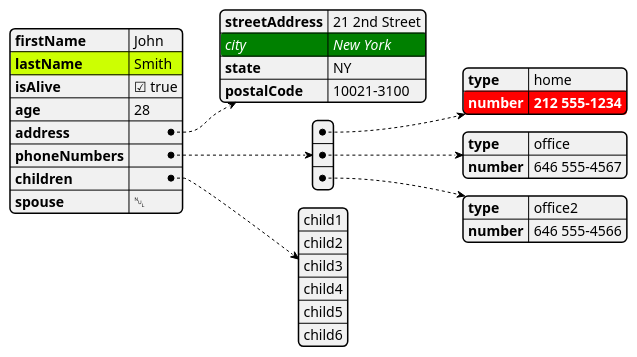
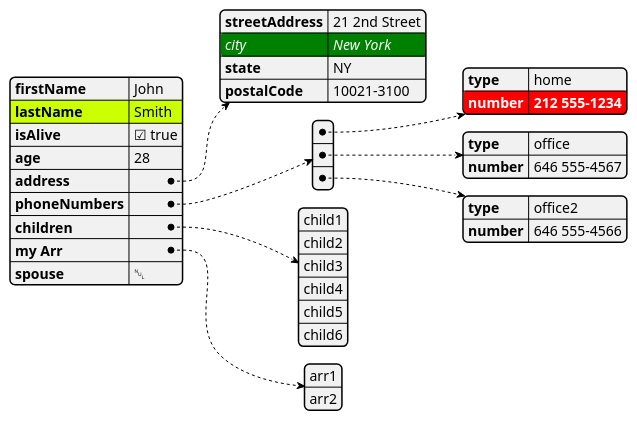
Before and after one commit to adautomendes/plantUmlAutomation: the diagram in diagrams/jsonDiagram.puml, drawn with PlantUML.

Commit message:
Update json

```diff
--- a/diagrams/jsonDiagram.puml
+++ b/diagrams/jsonDiagram.puml
@@ -1,52 +1,56 @@
 @startjson
 <style>
   .h1 {
     BackGroundColor green
     FontColor white
     FontStyle italic
   }
   .h2 {
     BackGroundColor red
     FontColor white
     FontStyle bold
   }
 </style>
 #highlight "lastName"
 #highlight "address" / "city" <<h1>>
 #highlight "phoneNumbers" / "0" / "number" <<h2>>
 {
   "firstName": "John",
   "lastName": "Smith",
   "isAlive": true,
   "age": 28,
   "address": {
     "streetAddress": "21 2nd Street",
     "city": "New York",
     "state": "NY",
     "postalCode": "10021-3100"
   },
   "phoneNumbers": [
     {
       "type": "home",
       "number": "212 555-1234"
     },
     {
       "type": "office",
       "number": "646 555-4567"
     },
     {
       "type": "office2",
       "number": "646 555-4566"
     }
   ],
   "children": [
     "child1",
     "child2",
     "child3",
     "child4",
     "child5",
     "child6"
   ],
+  "my Arr": [
+    "arr1",
+    "arr2"
+  ],
   "spouse": null
 }
 @endjson
```
